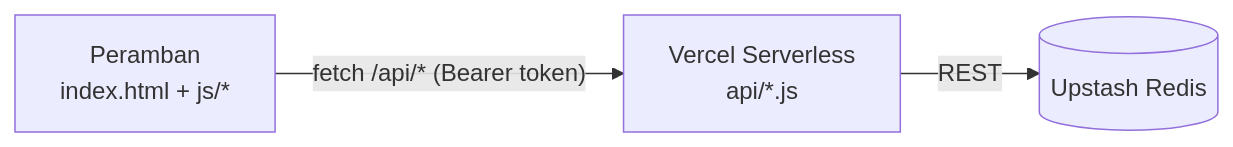
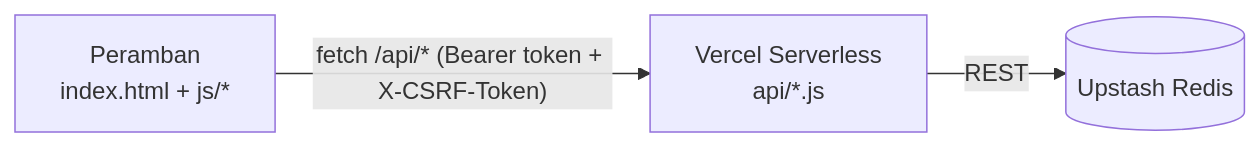
One commit to mlathif2307-lab/aksara changed the diagram in docs/ARSITEKTUR.md. Above: the diagram before and after it, drawn with Mermaid. The commit also changed other lines of this file and 17 other files, not shown here.

Commit message:
feat: token CSRF, hash scrypt akun pembeli, optimasi 3D mobile, dokumentasi

````diff
--- a/docs/ARSITEKTUR.md
+++ b/docs/ARSITEKTUR.md
@@ -7,5 +7,5 @@
 ```mermaid
 flowchart LR
-    A["Peramban<br/>index.html + js/*"] -->|"fetch /api/* (Bearer token)"| B["Vercel Serverless<br/>api/*.js"]
+    A["Peramban<br/>index.html + js/*"] -->|"fetch /api/* (Bearer token + X-CSRF-Token)"| B["Vercel Serverless<br/>api/*.js"]
     B -->|REST| C[("Upstash Redis")]
 ```
````
